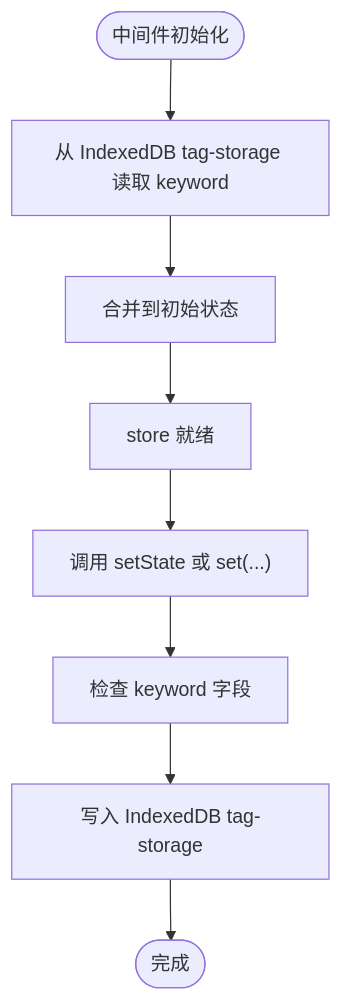
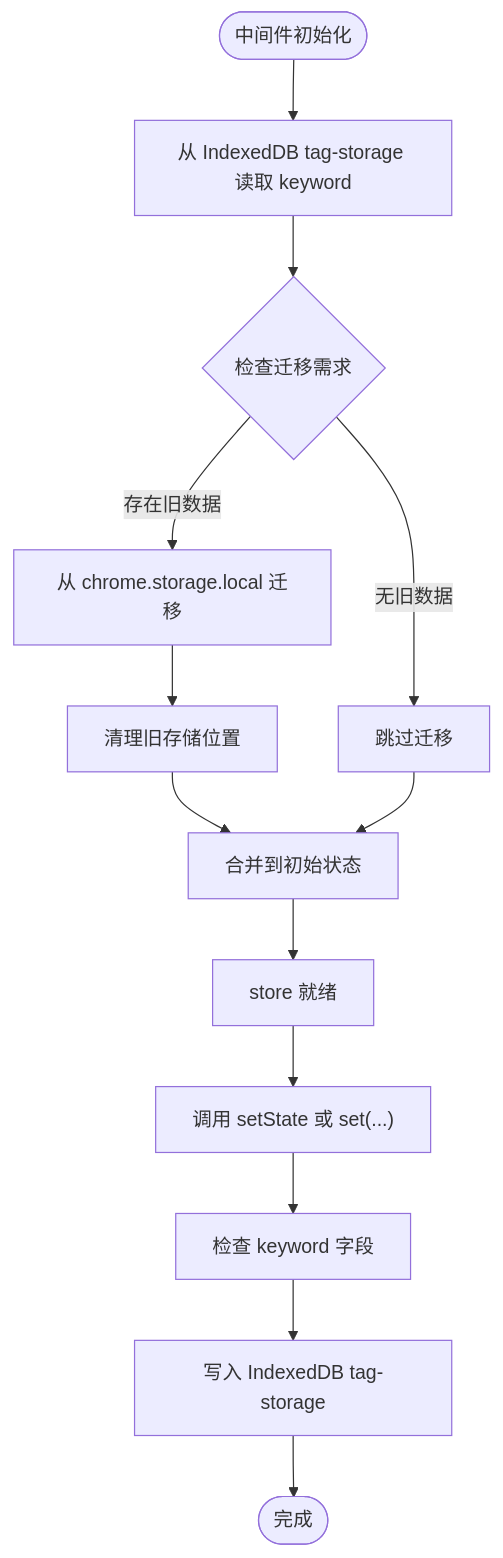
Before and after one commit to RadiumAg/bilibili-favorites: the fifth of 10 diagrams in .qoder/repowiki/zh/content/架构设计/状态管理设计.md, drawn with Mermaid. The commit also changed other lines of this file and 47 other files, not shown here.

````diff
--- a/.qoder/repowiki/zh/content/架构设计/状态管理设计.md
+++ b/.qoder/repowiki/zh/content/架构设计/状态管理设计.md
@@ -219,10 +216,15 @@
 ```mermaid
 flowchart TD
 Start(["中间件初始化"]) --> Hydrate["从 IndexedDB tag-storage 读取 keyword"]
-Hydrate --> Merge["合并到初始状态"]
+Hydrate --> Migration{"检查迁移需求"}
+Migration --> |存在旧数据| Migrate["从 chrome.storage.local 迁移"]
+Migration --> |无旧数据| Skip["跳过迁移"]
+Migrate --> Clean["清理旧存储位置"]
+Clean --> Merge["合并到初始状态"]
+Skip --> Merge
 Merge --> Ready["store 就绪"]
 SetState["调用 setState 或 set(...)"] --> Persist["检查 keyword 字段"]
 Persist --> Write["写入 IndexedDB tag-storage"]
 Write --> Done(["完成"])
 Ready --> SetState
 ```
````
